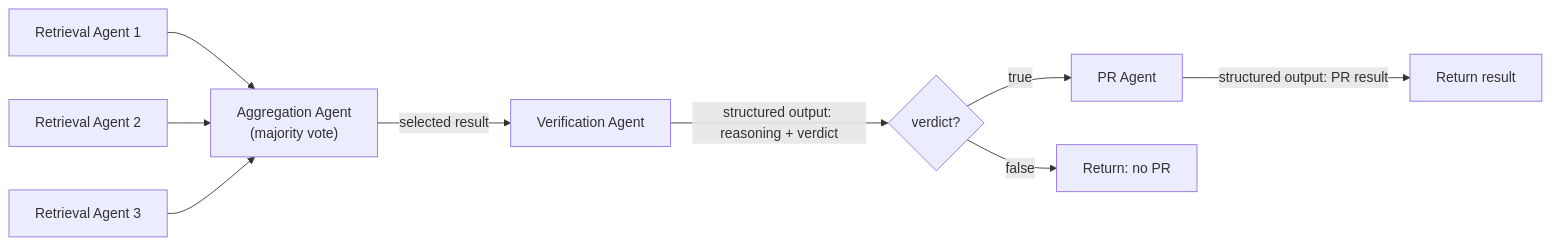
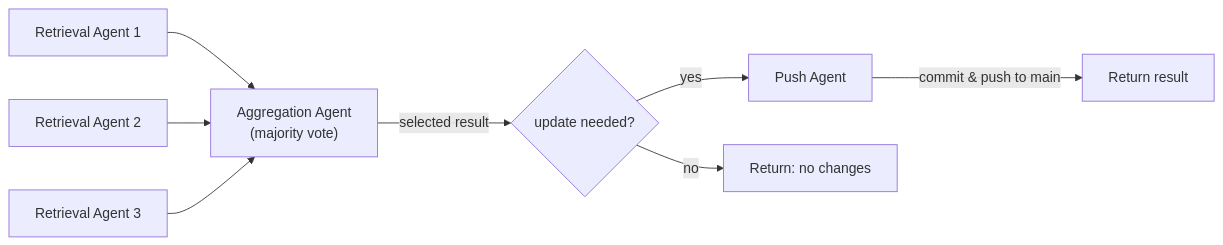
The diagram in agents/README.md (huggingface/ai-deadlines), drawn with Mermaid before and after one commit. The commit also changed other lines of this file and 5 other files, not shown here.

````diff
--- a/agents/README.md
+++ b/agents/README.md
@@ -83,11 +83,10 @@
 ```mermaid
 flowchart LR
     A1["Retrieval Agent 1"] --> V["Aggregation Agent\n(majority vote)"]
     A2["Retrieval Agent 2"] --> V
     A3["Retrieval Agent 3"] --> V
-    V -->|"selected result"| B["Verification Agent"]
-    B -->|"structured output: reasoning + verdict"| C{verdict?}
-    C -->|true| D["PR Agent"]
-    C -->|false| E["Return: no PR"]
-    D -->|"structured output: PR result"| F["Return result"]
+    V -->|"selected result"| C{update needed?}
+    C -->|yes| D["Push Agent"]
+    C -->|no| E["Return: no changes"]
+    D -->|"commit & push to main"| F["Return result"]
 ```
````
